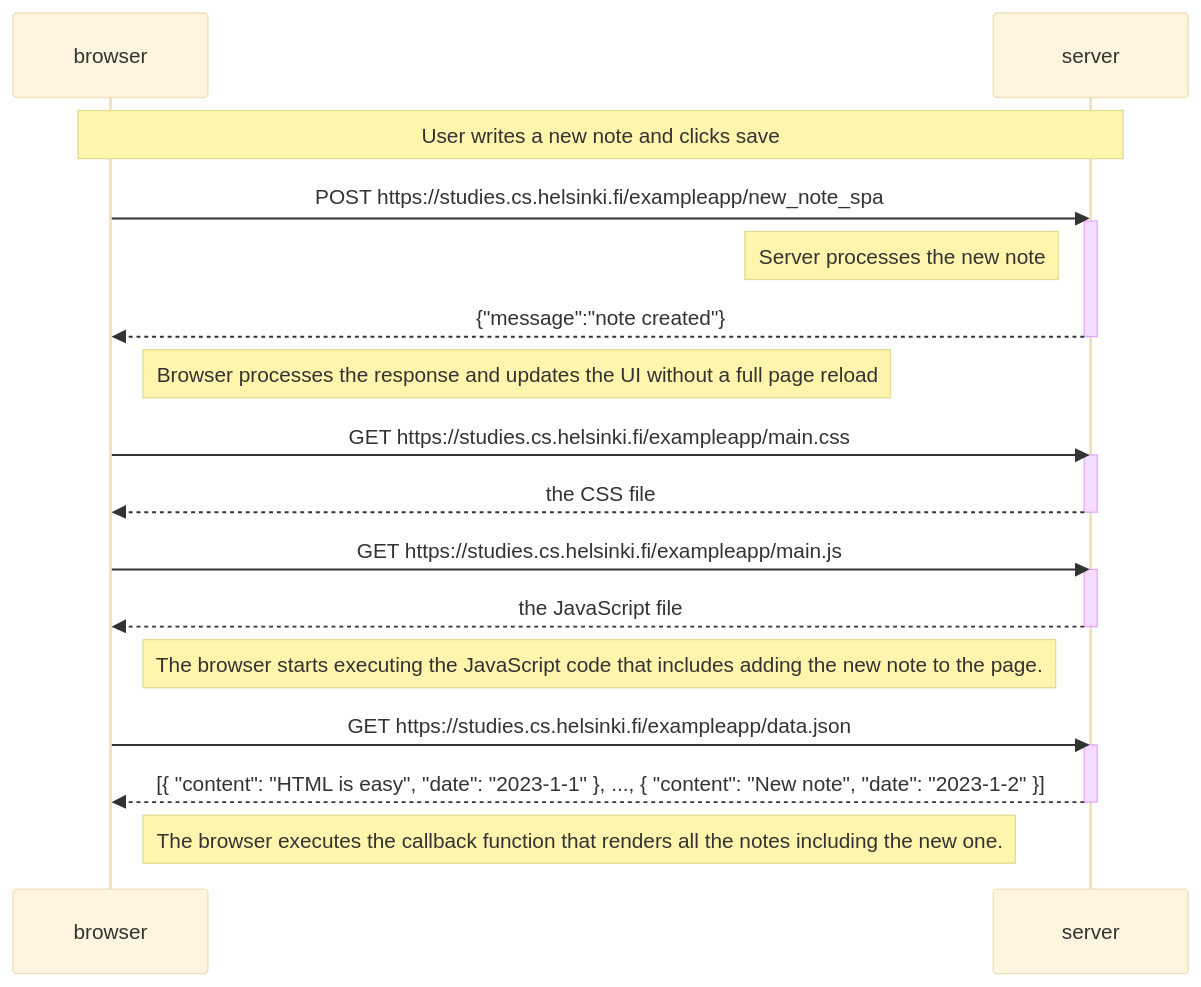
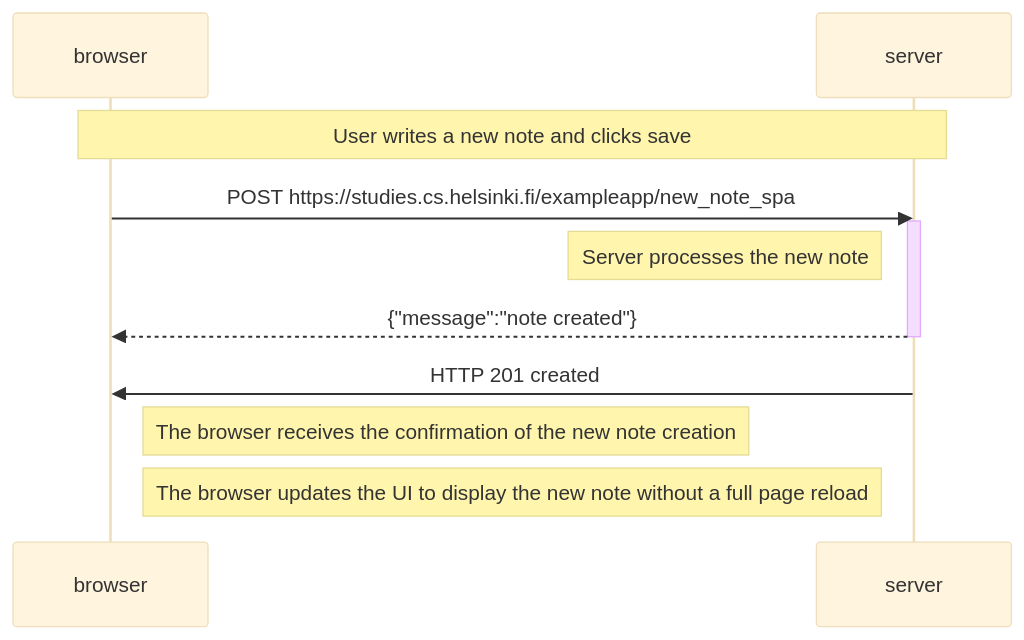
Before and after one commit to petteriraita/Fullstack: the diagram in part0/mermaid_diagrams_0.6/note_diagram.md, drawn with Mermaid (base theme).

````diff
--- a/part0/mermaid_diagrams_0.6/note_diagram.md
+++ b/part0/mermaid_diagrams_0.6/note_diagram.md
@@ -1,34 +1,20 @@
 ```mermaid
 sequenceDiagram
     participant browser
     participant server
 
     Note over browser,server: User writes a new note and clicks save
 
     browser->>server: POST https://studies.cs.helsinki.fi/exampleapp/new_note_spa
     activate server
     Note left of server: Server processes the new note
     server-->>browser: {"message":"note created"}
     deactivate server
     
-    Note right of browser: Browser processes the response and updates the UI without a full page reload
+    server->>browser: HTTP 201 created
+    
 
-    browser->>server: GET https://studies.cs.helsinki.fi/exampleapp/main.css
-    activate server
-    server-->>browser: the CSS file
-    deactivate server   
+    Note right of browser: The browser receives the confirmation of the new note creation
 
-    browser->>server: GET https://studies.cs.helsinki.fi/exampleapp/main.js
-    activate server
-    server-->>browser: the JavaScript file
-    deactivate server
-
-    Note right of browser: The browser starts executing the JavaScript code that includes adding the new note to the page.
-
-    browser->>server: GET https://studies.cs.helsinki.fi/exampleapp/data.json
-    activate server
-    server-->>browser: [{ "content": "HTML is easy", "date": "2023-1-1" }, ..., { "content": "New note", "date": "2023-1-2" }]
-    deactivate server
-
-    Note right of browser: The browser executes the callback function that renders all the notes including the new one.
+    Note right of browser: The browser updates the UI to display the new note without a full page reload
 ```
````
